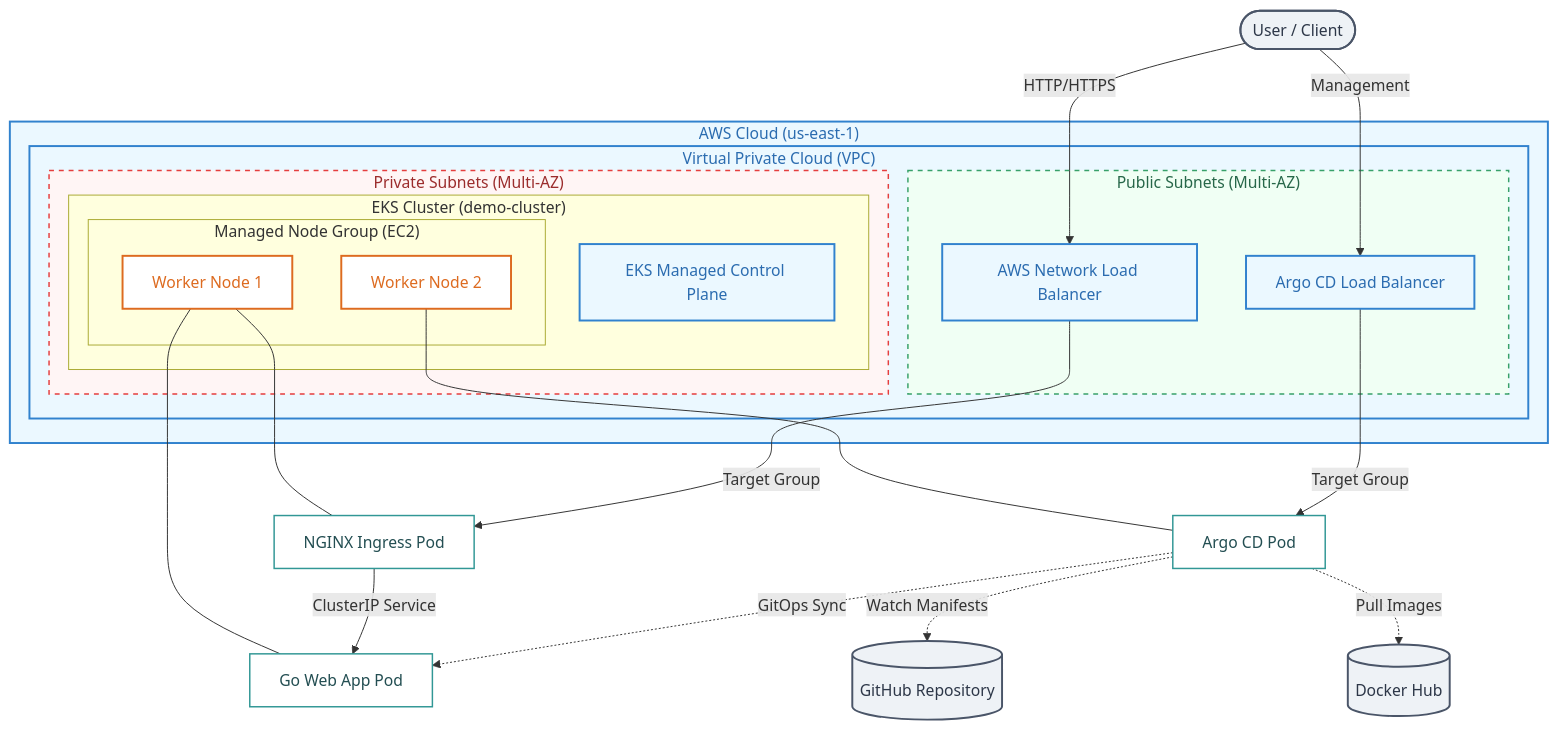
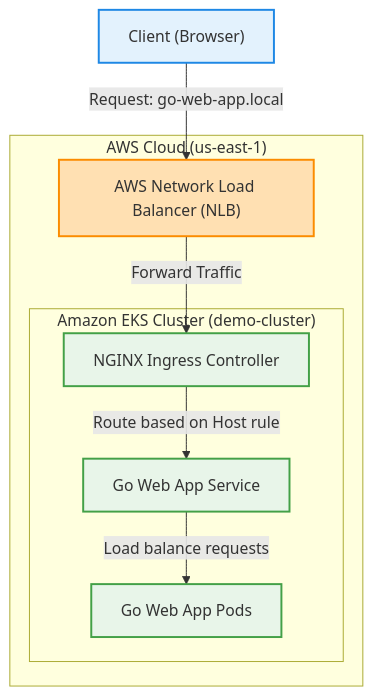
The first of 3 diagrams in docs/architecture-diagrams.md (Sanket006/golang-eks-gitops-pipeline), drawn with Mermaid before and after one commit. The commit also changed other lines of this file, not shown here.

Commit message:
docs: add architecture diagrams for AWS, CI/CD, and Kubernetes

````diff
--- a/docs/architecture-diagrams.md
+++ b/docs/architecture-diagrams.md
@@ -13,63 +14,25 @@
 ```mermaid
 graph TD
-    %% Define Styles
-    classDef client fill:#EEF2F6,stroke:#4A5568,stroke-width:2px,color:#2D3748;
-    classDef aws fill:#EBF8FF,stroke:#3182CE,stroke-width:2px,color:#2B6CB0;
-    classDef public fill:#F0FFF4,stroke:#38A169,stroke-width:1.5px,color:#276749,stroke-dasharray: 5 5;
-    classDef private fill:#FFF5F5,stroke:#E53E3E,stroke-width:1.5px,color:#9B2C2C,stroke-dasharray: 5 5;
-    classDef node fill:#FFF,stroke:#DD6B20,stroke-width:2px,color:#DD6B20;
-    classDef pod fill:#FFF,stroke:#319795,stroke-width:1.5px,color:#234E52;
+    %% Styling definitions
+    classDef client fill:#e3f2fd,stroke:#1e88e5,stroke-width:2px;
+    classDef aws fill:#ffe0b2,stroke:#fb8c00,stroke-width:2px;
+    classDef k8s fill:#e8f5e9,stroke:#43a047,stroke-width:2px;
+    classDef component fill:#ffffff,stroke:#757575,stroke-width:1px;
 
-    %% Nodes
-    User([User / Client]):::client
-    GitHub[(GitHub Repository)]:::client
-    DockerHub[(Docker Hub)]:::client
-
-    subgraph AWS ["AWS Cloud (us-east-1)"]
-        subgraph VPC ["Virtual Private Cloud (VPC)"]
-            
-            subgraph PublicSubnet ["Public Subnets (Multi-AZ)"]
-                NLB[AWS Network Load Balancer]:::aws
-                ArgoLB[Argo CD Load Balancer]:::aws
-            end
-
-            subgraph PrivateSubnet ["Private Subnets (Multi-AZ)"]
-                subgraph EKS ["EKS Cluster (demo-cluster)"]
-                    ControlPlane[EKS Managed Control Plane]:::aws
-                    
-                    subgraph MNG ["Managed Node Group (EC2)"]
-                        Node1[Worker Node 1]:::node
-                        Node2[Worker Node 2]:::node
-                    end
-                end
-            end
-            
+    Client["Client (Browser)"]:::client
+    
+    subgraph AWS["AWS Cloud (us-east-1)"]
+        NLB["AWS Network Load Balancer (NLB)"]:::aws
+        
+        subgraph EKS["Amazon EKS Cluster (demo-cluster)"]
+            IngressCtrl["NGINX Ingress Controller"]:::k8s
+            AppService["Go Web App Service"]:::k8s
+            AppPods["Go Web App Pods"]:::k8s
         end
     end
 
-    %% Workloads inside Nodes
-    IngressPod[NGINX Ingress Pod]:::pod
-    AppPod[Go Web App Pod]:::pod
-    ArgoPod[Argo CD Pod]:::pod
-
-    Node1 --- IngressPod
-    Node1 --- AppPod
-    Node2 --- ArgoPod
-
-    %% Connections
-    User -->|HTTP/HTTPS| NLB
-    User -->|Management| ArgoLB
-    
-    NLB -->|Target Group| IngressPod
-    ArgoLB -->|Target Group| ArgoPod
-    IngressPod -->|ClusterIP Service| AppPod
-    
-    ArgoPod -.->|GitOps Sync| AppPod
-    ArgoPod -.->|Watch Manifests| GitHub
-    ArgoPod -.->|Pull Images| DockerHub
-
-    %% Apply Styles
-    class AWS,VPC,ControlPlane aws;
-    class PublicSubnet public;
-    class PrivateSubnet private;
+    Client -- "Request: go-web-app.local" --> NLB
+    NLB -- "Forward Traffic" --> IngressCtrl
+    IngressCtrl -- "Route based on Host rule" --> AppService
+    AppService -- "Load balance requests" --> AppPods
 ```
````
